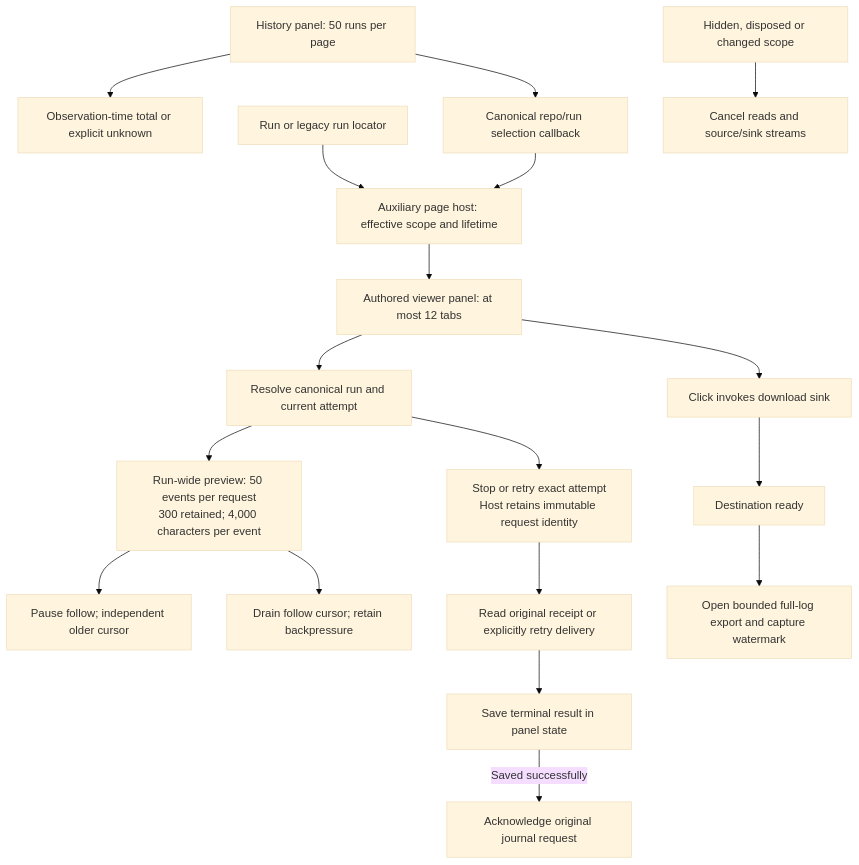
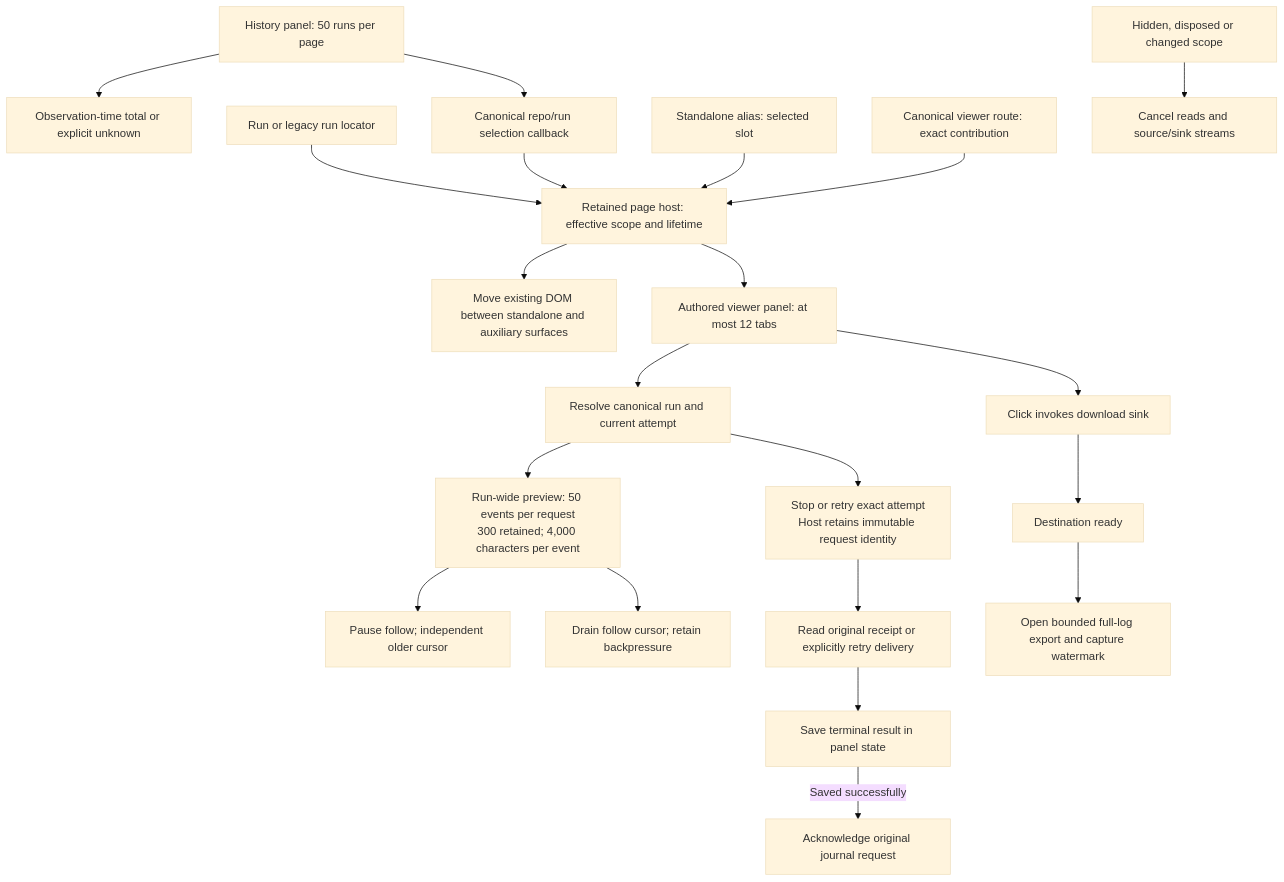
One commit to nloehlein-godaddy/helmsman changed the diagram in docs/run-presentation-authoring.md. Above: the diagram before and after it, drawn with Mermaid (base theme). The commit also changed other lines of this file and 54 other files, not shown here.

````diff
--- a/docs/run-presentation-authoring.md
+++ b/docs/run-presentation-authoring.md
@@ -18,20 +20,23 @@
 ```mermaid
 flowchart TD
     History[History panel: 50 runs per page] --> Count[Observation-time total or explicit unknown]
     History --> Selection[Canonical repo/run selection callback]
-    External[Run or legacy run locator] --> Host[Auxiliary page host: effective scope and lifetime]
+    External[Run or legacy run locator] --> Host[Retained page host: effective scope and lifetime]
     Selection --> Host
+    Alias[Standalone alias: selected slot] --> Host
+    Canonical[Canonical viewer route: exact contribution] --> Host
+    Host --> Surface[Move existing DOM between standalone and auxiliary surfaces]
     Host --> Viewer[Authored viewer panel: at most 12 tabs]
     Viewer --> Resolve[Resolve canonical run and current attempt]
     Resolve --> Logs[Run-wide preview: 50 events per request<br/>300 retained; 4,000 characters per event]
     Logs --> Older[Pause follow; independent older cursor]
     Logs --> Follow[Drain follow cursor; retain backpressure]
     Resolve --> Commands[Stop or retry exact attempt<br/>Host retains immutable request identity]
     Commands --> Receipt[Read original receipt or explicitly retry delivery]
     Receipt --> Save[Save terminal result in panel state]
     Save -->|Saved successfully| Ack[Acknowledge original journal request]
     Viewer --> Download[Click invokes download sink]
     Download --> Ready[Destination ready]
     Ready --> Export[Open bounded full-log export and capture watermark]
     Inactive[Hidden, disposed or changed scope] --> Cancel[Cancel reads and source/sink streams]
 ```
````
